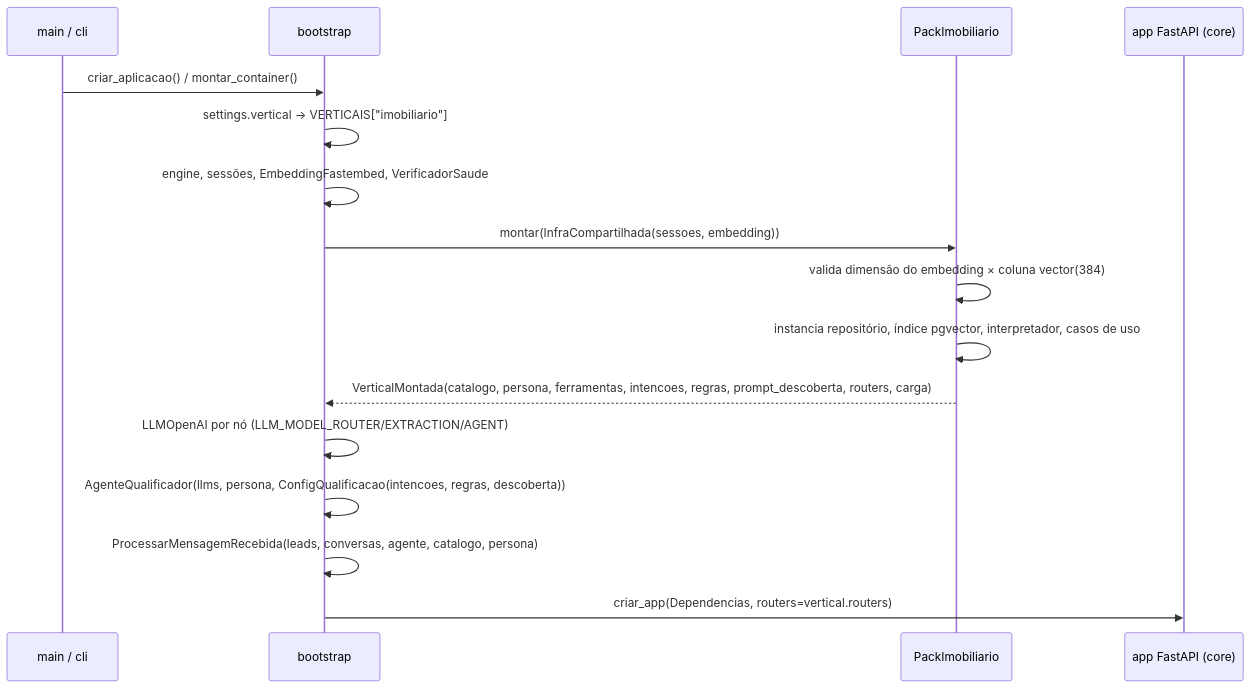
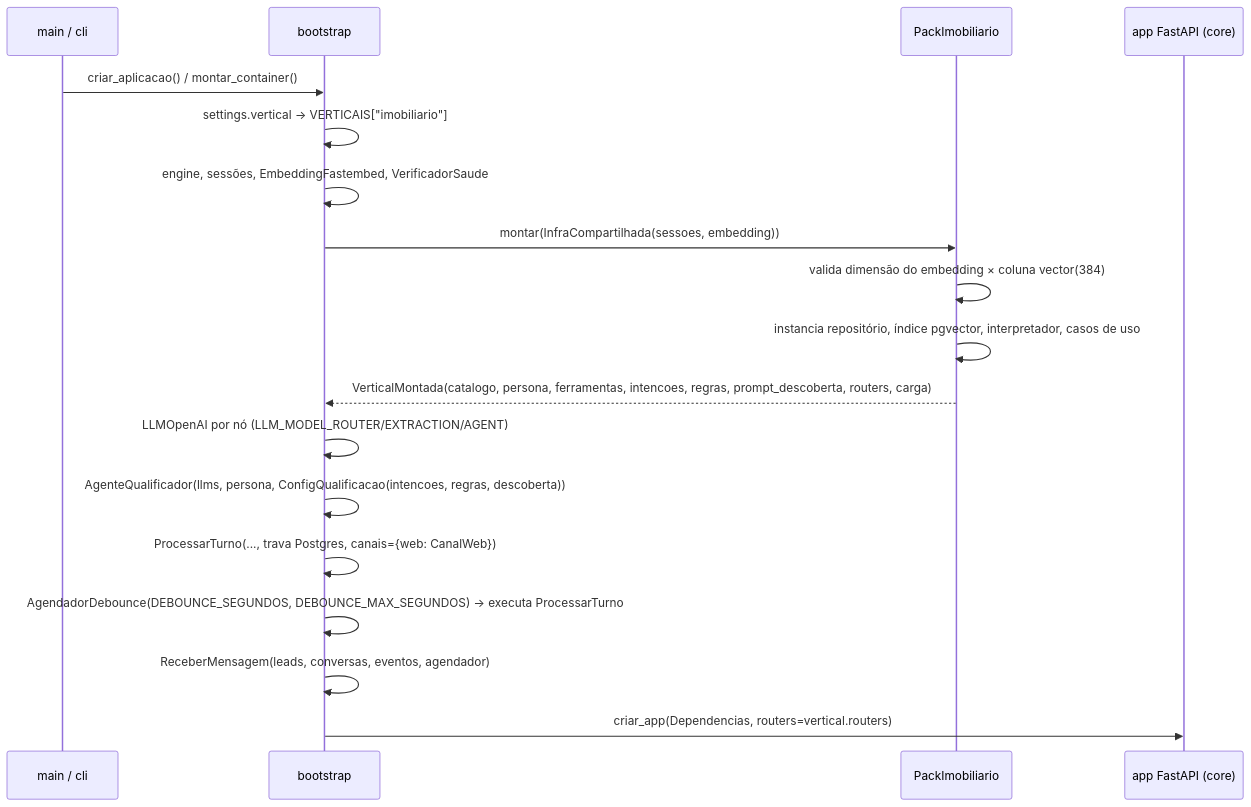
The fifth of 10 diagrams in docs/arquitetura.md (amaranini/tech-challenge-fase-5), drawn with Mermaid before and after one commit. The commit also changed other lines of this file and 34 other files, not shown here.

````diff
--- a/docs/arquitetura.md
+++ b/docs/arquitetura.md
@@ -181,19 +181,21 @@
 ```mermaid
 sequenceDiagram
     participant M as main / cli
     participant B as bootstrap
     participant P as PackImobiliario
     participant A as app FastAPI (core)
 
     M->>B: criar_aplicacao() / montar_container()
     B->>B: settings.vertical → VERTICAIS["imobiliario"]
     B->>B: engine, sessões, EmbeddingFastembed, VerificadorSaude
     B->>P: montar(InfraCompartilhada(sessoes, embedding))
     P->>P: valida dimensão do embedding × coluna vector(384)
     P->>P: instancia repositório, índice pgvector, interpretador, casos de uso
     P-->>B: VerticalMontada(catalogo, persona, ferramentas, intencoes, regras, prompt_descoberta, routers, carga)
     B->>B: LLMOpenAI por nó (LLM_MODEL_ROUTER/EXTRACTION/AGENT)
     B->>B: AgenteQualificador(llms, persona, ConfigQualificacao(intencoes, regras, descoberta))
-    B->>B: ProcessarMensagemRecebida(leads, conversas, agente, catalogo, persona)
+    B->>B: ProcessarTurno(..., trava Postgres, canais={web: CanalWeb})
+    B->>B: AgendadorDebounce(DEBOUNCE_SEGUNDOS, DEBOUNCE_MAX_SEGUNDOS) → executa ProcessarTurno
+    B->>B: ReceberMensagem(leads, conversas, eventos, agendador)
     B->>A: criar_app(Dependencias, routers=vertical.routers)
 ```
````
